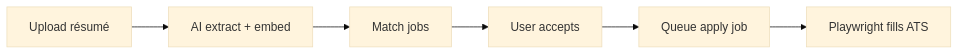
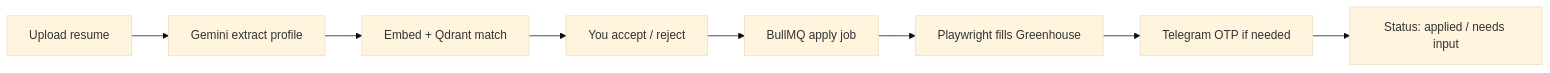
The first of 5 diagrams in chaitanyas-digital-canvas/src/content/blog/engineering-deep-dive-jobpilot-ai.md (chaitanya07422/chaitanya-portfolio), drawn with Mermaid (base theme) before and after one commit. The commit also changed other lines of this file and 1 other file, not shown here.

First line of the commit message:
Revise blog post on JobPilot AI to enhance clarity and detail

````diff
--- a/chaitanyas-digital-canvas/src/content/blog/engineering-deep-dive-jobpilot-ai.md
+++ b/chaitanyas-digital-canvas/src/content/blog/engineering-deep-dive-jobpilot-ai.md
@@ -39,8 +42,10 @@
 ```mermaid
 flowchart LR
-  A[Upload résumé] --> B[AI extract + embed]
-  B --> C[Match jobs]
-  C --> D[User accepts]
-  D --> E[Queue apply job]
-  E --> F[Playwright fills ATS]
+  A[Upload resume] --> B[Gemini extract profile]
+  B --> C[Embed + Qdrant match]
+  C --> D[You accept / reject]
+  D --> E[BullMQ apply job]
+  E --> F[Playwright fills Greenhouse]
+  F --> G[Telegram OTP if needed]
+  G --> H[Status: applied / needs input]
 ```
````
